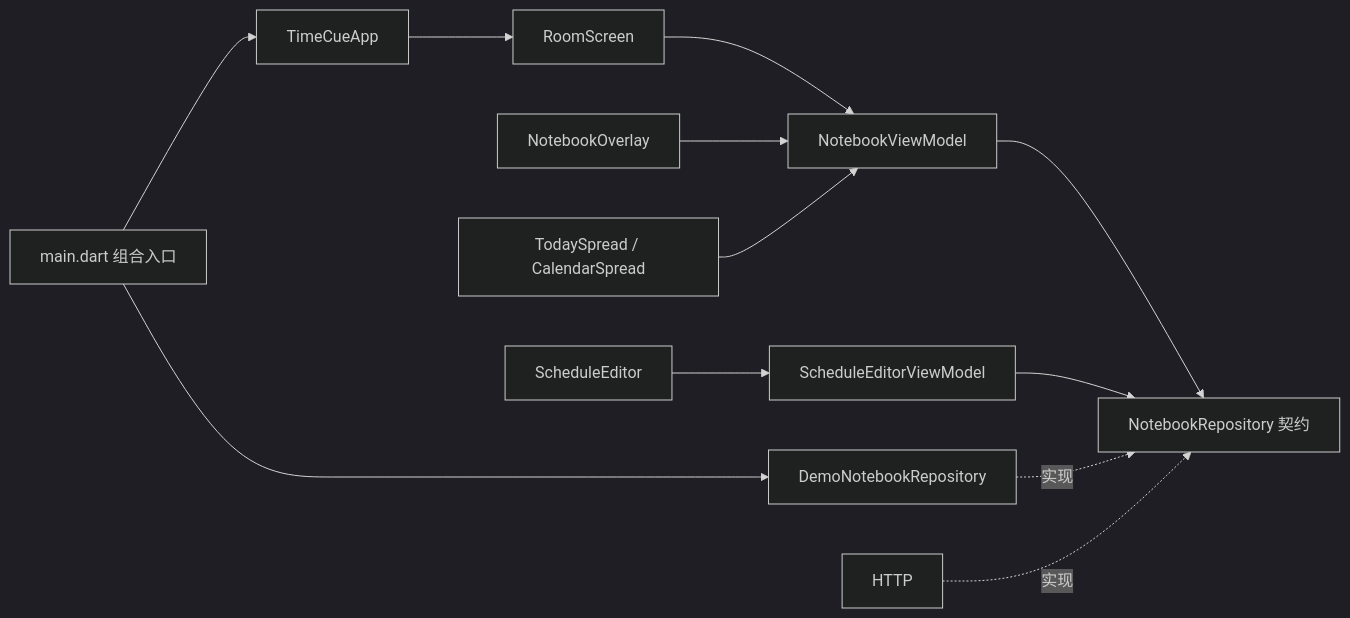
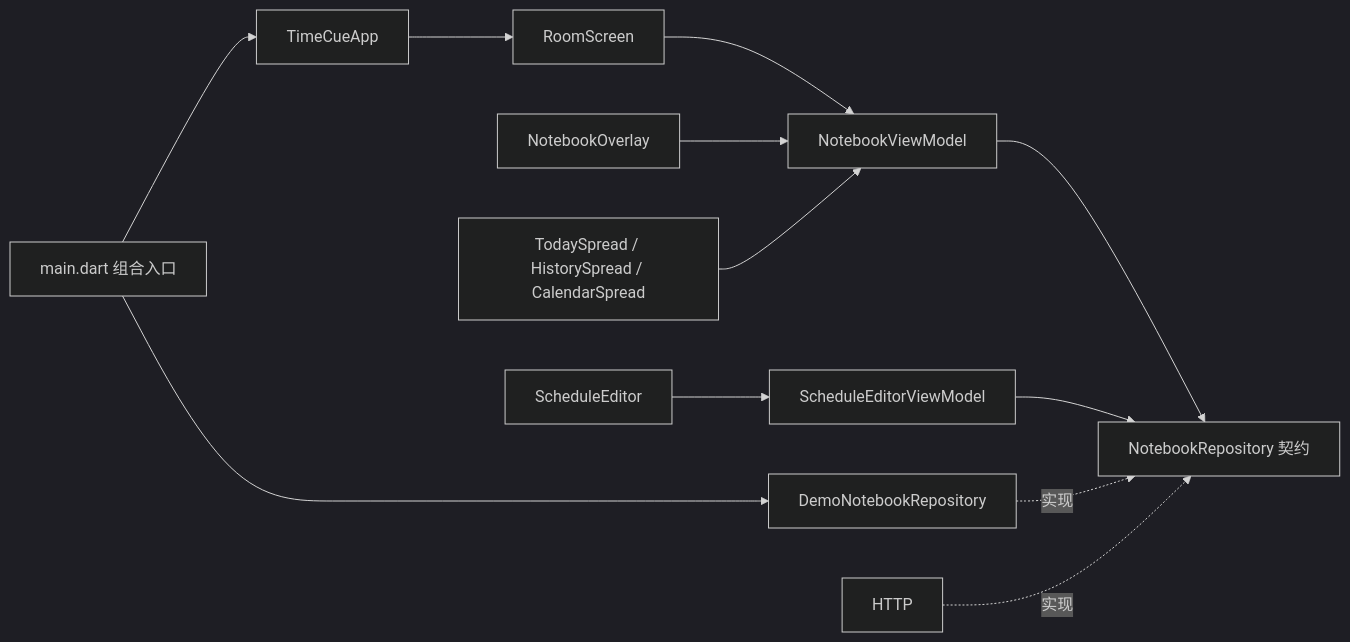
The diagram in desktop/README.md (dengweitian0-svg/TimeCue), drawn with Mermaid (dark theme) before and after one commit. The commit also changed other lines of this file and 6 other files, not shown here.

````diff
--- a/desktop/README.md
+++ b/desktop/README.md
@@ -95,14 +99,14 @@
 ```mermaid
 flowchart LR
   Main[main.dart 组合入口] --> Demo[DemoNotebookRepository]
   Main --> App[TimeCueApp]
   App --> Room[RoomScreen]
   Room --> VM[NotebookViewModel]
   Overlay[NotebookOverlay] --> VM
-  Spreads[TodaySpread / CalendarSpread] --> VM
+  Spreads[TodaySpread / HistorySpread / CalendarSpread] --> VM
   Editor[ScheduleEditor] --> EVM[ScheduleEditorViewModel]
   VM --> Contract[NotebookRepository 契约]
   EVM --> Contract
   Demo -.实现.-> Contract
   HTTP -.实现.-> Contract
 ```
````
